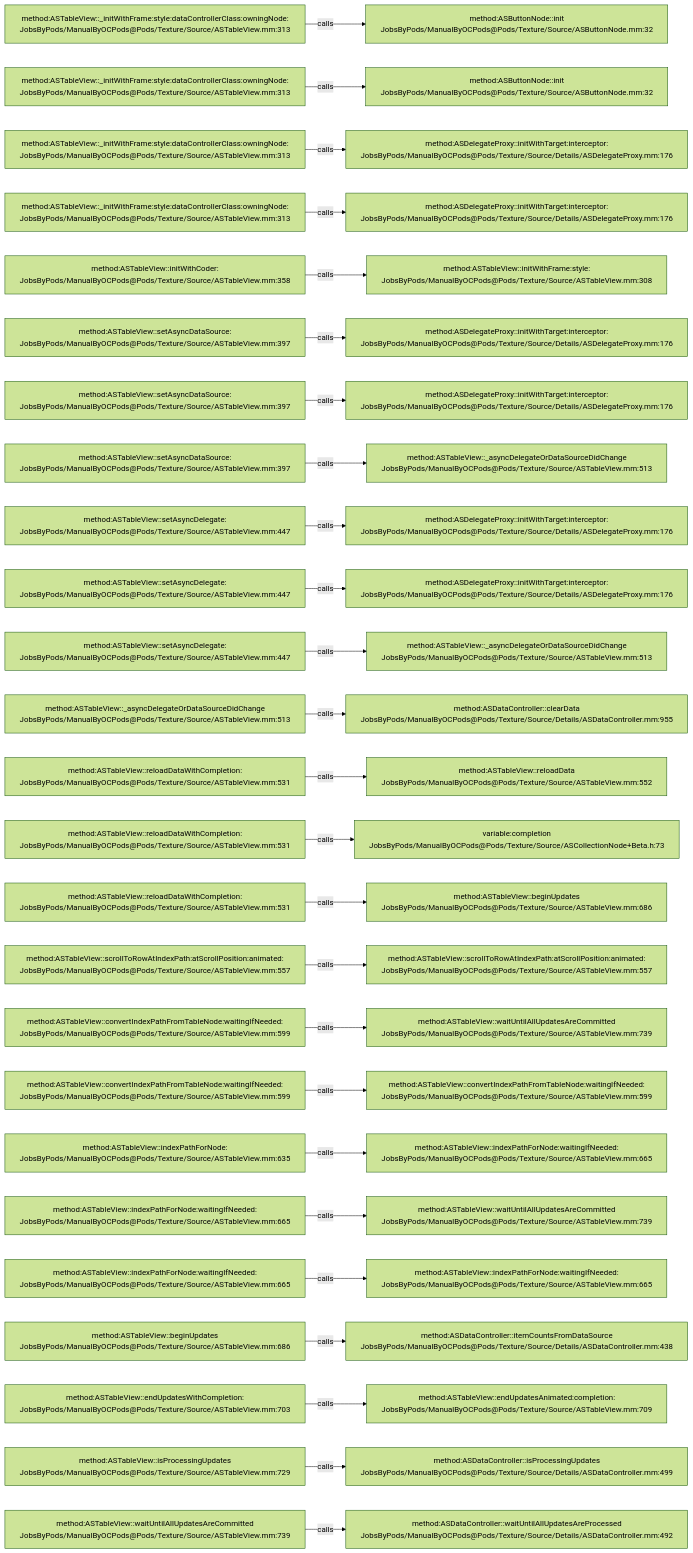
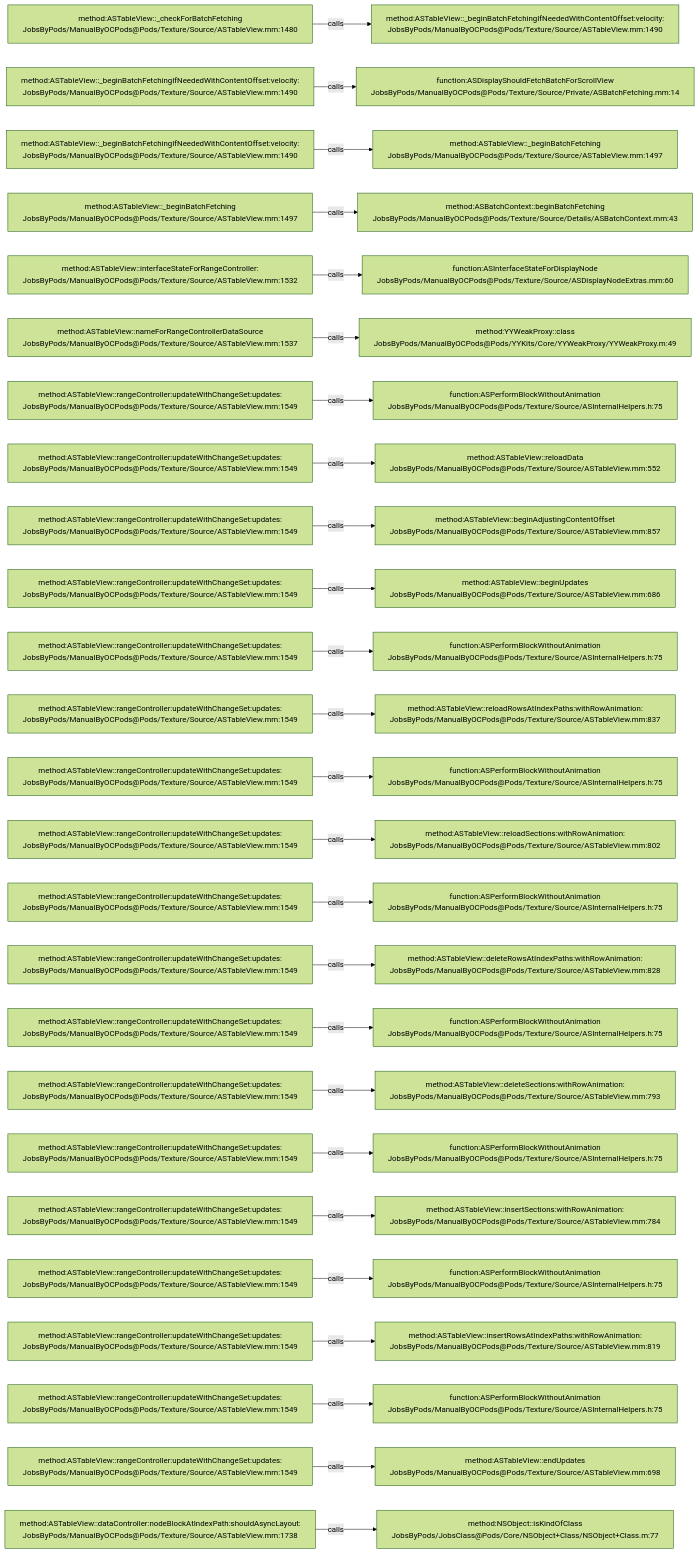
The diagram in .codegraph/codegraph.md/graphs/calls-128.md (JobsKits/JobsOCBaseConfigDemo), drawn with Mermaid (forest theme) before and after one commit. The commit also changed 1353 other files, not shown here.

````diff
--- a/.codegraph/codegraph.md/graphs/calls-128.md
+++ b/.codegraph/codegraph.md/graphs/calls-128.md
@@ -13,78 +13,78 @@
 ```mermaid
 flowchart LR
-  S1["method:ASTableView::_initWithFrame:style:dataControllerClass:owningNode:<br/>JobsByPods/ManualByOCPods@Pods/Texture/Source/ASTableView.mm:313"]
-  T1["method:ASButtonNode::init<br/>JobsByPods/ManualByOCPods@Pods/Texture/Source/ASButtonNode.mm:32"]
+  S1["method:ASTableView::_checkForBatchFetching<br/>JobsByPods/ManualByOCPods@Pods/Texture/Source/ASTableView.mm:1480"]
+  T1["method:ASTableView::_beginBatchFetchingIfNeededWithContentOffset:velocity:<br/>JobsByPods/ManualByOCPods@Pods/Texture/Source/ASTableView.mm:1490"]
   S1 -->|calls| T1
-  S2["method:ASTableView::_initWithFrame:style:dataControllerClass:owningNode:<br/>JobsByPods/ManualByOCPods@Pods/Texture/Source/ASTableView.mm:313"]
-  T2["method:ASButtonNode::init<br/>JobsByPods/ManualByOCPods@Pods/Texture/Source/ASButtonNode.mm:32"]
+  S2["method:ASTableView::_beginBatchFetchingIfNeededWithContentOffset:velocity:<br/>JobsByPods/ManualByOCPods@Pods/Texture/Source/ASTableView.mm:1490"]
+  T2["function:ASDisplayShouldFetchBatchForScrollView<br/>JobsByPods/ManualByOCPods@Pods/Texture/Source/Private/ASBatchFetching.mm:14"]
   S2 -->|calls| T2
-  S3["method:ASTableView::_initWithFrame:style:dataControllerClass:owningNode:<br/>JobsByPods/ManualByOCPods@Pods/Texture/Source/ASTableView.mm:313"]
-  T3["method:ASDelegateProxy::initWithTarget:interceptor:<br/>JobsByPods/ManualByOCPods@Pods/Texture/Source/Details/ASDelegateProxy.mm:176"]
+  S3["method:ASTableView::_beginBatchFetchingIfNeededWithContentOffset:velocity:<br/>JobsByPods/ManualByOCPods@Pods/Texture/Source/ASTableView.mm:1490"]
+  T3["method:ASTableView::_beginBatchFetching<br/>JobsByPods/ManualByOCPods@Pods/Texture/Source/ASTableView.mm:1497"]
   S3 -->|calls| T3
-  S4["method:ASTableView::_initWithFrame:style:dataControllerClass:owningNode:<br/>JobsByPods/ManualByOCPods@Pods/Texture/Source/ASTableView.mm:313"]
-  T4["method:ASDelegateProxy::initWithTarget:interceptor:<br/>JobsByPods/ManualByOCPods@Pods/Texture/Source/Details/ASDelegateProxy.mm:176"]
+  S4["method:ASTableView::_beginBatchFetching<br/>JobsByPods/ManualByOCPods@Pods/Texture/Source/ASTableView.mm:1497"]
+  T4["method:ASBatchContext::beginBatchFetching<br/>JobsByPods/ManualByOCPods@Pods/Texture/Source/Details/ASBatchContext.mm:43"]
   S4 -->|calls| T4
-  S5["method:ASTableView::initWithCoder:<br/>JobsByPods/ManualByOCPods@Pods/Texture/Source/ASTableView.mm:358"]
-  T5["method:ASTableView::initWithFrame:style:<br/>JobsByPods/ManualByOCPods@Pods/Texture/Source/ASTableView.mm:308"]
+  S5["method:ASTableView::interfaceStateForRangeController:<br/>JobsByPods/ManualByOCPods@Pods/Texture/Source/ASTableView.mm:1532"]
+  T5["function:ASInterfaceStateForDisplayNode<br/>JobsByPods/ManualByOCPods@Pods/Texture/Source/ASDisplayNodeExtras.mm:60"]
   S5 -->|calls| T5
-  S6["method:ASTableView::setAsyncDataSource:<br/>JobsByPods/ManualByOCPods@Pods/Texture/Source/ASTableView.mm:397"]
-  T6["method:ASDelegateProxy::initWithTarget:interceptor:<br/>JobsByPods/ManualByOCPods@Pods/Texture/Source/Details/ASDelegateProxy.mm:176"]
+  S6["method:ASTableView::nameForRangeControllerDataSource<br/>JobsByPods/ManualByOCPods@Pods/Texture/Source/ASTableView.mm:1537"]
+  T6["method:YYWeakProxy::class<br/>JobsByPods/ManualByOCPods@Pods/YYKits/Core/YYWeakProxy/YYWeakProxy.m:49"]
   S6 -->|calls| T6
-  S7["method:ASTableView::setAsyncDataSource:<br/>JobsByPods/ManualByOCPods@Pods/Texture/Source/ASTableView.mm:397"]
-  T7["method:ASDelegateProxy::initWithTarget:interceptor:<br/>JobsByPods/ManualByOCPods@Pods/Texture/Source/Details/ASDelegateProxy.mm:176"]
+  S7["method:ASTableView::rangeController:updateWithChangeSet:updates:<br/>JobsByPods/ManualByOCPods@Pods/Texture/Source/ASTableView.mm:1549"]
+  T7["function:ASPerformBlockWithoutAnimation<br/>JobsByPods/ManualByOCPods@Pods/Texture/Source/ASInternalHelpers.h:75"]
   S7 -->|calls| T7
-  S8["method:ASTableView::setAsyncDataSource:<br/>JobsByPods/ManualByOCPods@Pods/Texture/Source/ASTableView.mm:397"]
-  T8["method:ASTableView::_asyncDelegateOrDataSourceDidChange<br/>JobsByPods/ManualByOCPods@Pods/Texture/Source/ASTableView.mm:513"]
+  S8["method:ASTableView::rangeController:updateWithChangeSet:updates:<br/>JobsByPods/ManualByOCPods@Pods/Texture/Source/ASTableView.mm:1549"]
+  T8["method:ASTableView::reloadData<br/>JobsByPods/ManualByOCPods@Pods/Texture/Source/ASTableView.mm:552"]
   S8 -->|calls| T8
-  S9["method:ASTableView::setAsyncDelegate:<br/>JobsByPods/ManualByOCPods@Pods/Texture/Source/ASTableView.mm:447"]
-  T9["method:ASDelegateProxy::initWithTarget:interceptor:<br/>JobsByPods/ManualByOCPods@Pods/Texture/Source/Details/ASDelegateProxy.mm:176"]
+  S9["method:ASTableView::rangeController:updateWithChangeSet:updates:<br/>JobsByPods/ManualByOCPods@Pods/Texture/Source/ASTableView.mm:1549"]
+  T9["method:ASTableView::beginAdjustingContentOffset<br/>JobsByPods/ManualByOCPods@Pods/Texture/Source/ASTableView.mm:857"]
   S9 -->|calls| T9
-  S10["method:ASTableView::setAsyncDelegate:<br/>JobsByPods/ManualByOCPods@Pods/Texture/Source/ASTableView.mm:447"]
-  T10["method:ASDelegateProxy::initWithTarget:interceptor:<br/>JobsByPods/ManualByOCPods@Pods/Texture/Source/Details/ASDelegateProxy.mm:176"]
+  S10["method:ASTableView::rangeController:updateWithChangeSet:updates:<br/>JobsByPods/ManualByOCPods@Pods/Texture/Source/ASTableView.mm:1549"]
+  T10["method:ASTableView::beginUpdates<br/>JobsByPods/ManualByOCPods@Pods/Texture/Source/ASTableView.mm:686"]
   S10 -->|calls| T10
-  S11["method:ASTableView::setAsyncDelegate:<br/>JobsByPods/ManualByOCPods@Pods/Texture/Source/ASTableView.mm:447"]
-  T11["method:ASTableView::_asyncDelegateOrDataSourceDidChange<br/>JobsByPods/ManualByOCPods@Pods/Texture/Source/ASTableView.mm:513"]
+  S11["method:ASTableView::rangeController:updateWithChangeSet:updates:<br/>JobsByPods/ManualByOCPods@Pods/Texture/Source/ASTableView.mm:1549"]
+  T11["function:ASPerformBlockWithoutAnimation<br/>JobsByPods/ManualByOCPods@Pods/Texture/Source/ASInternalHelpers.h:75"]
   S11 -->|calls| T11
-  S12["method:ASTableView::_asyncDelegateOrDataSourceDidChange<br/>JobsByPods/ManualByOCPods@Pods/Texture/Source/ASTableView.mm:513"]
-  T12["method:ASDataController::clearData<br/>JobsByPods/ManualByOCPods@Pods/Texture/Source/Details/ASDataController.mm:955"]
+  S12["method:ASTableView::rangeController:updateWithChangeSet:updates:<br/>JobsByPods/ManualByOCPods@Pods/Texture/Source/ASTableView.mm:1549"]
+  T12["method:ASTableView::reloadRowsAtIndexPaths:withRowAnimation:<br/>JobsByPods/ManualByOCPods@Pods/Texture/Source/ASTableView.mm:837"]
   S12 -->|calls| T12
-  S13["method:ASTableView::reloadDataWithCompletion:<br/>JobsByPods/ManualByOCPods@Pods/Texture/Source/ASTableView.mm:531"]
-  T13["method:ASTableView::reloadData<br/>JobsByPods/ManualByOCPods@Pods/Texture/Source/ASTableView.mm:552"]
+  S13["method:ASTableView::rangeController:updateWithChangeSet:updates:<br/>JobsByPods/ManualByOCPods@Pods/Texture/Source/ASTableView.mm:1549"]
+  T13["function:ASPerformBlockWithoutAnimation<br/>JobsByPods/ManualByOCPods@Pods/Texture/Source/ASInternalHelpers.h:75"]
   S13 -->|calls| T13
-  S14["method:ASTableView::reloadDataWithCompletion:<br/>JobsByPods/ManualByOCPods@Pods/Texture/Source/ASTableView.mm:531"]
-  T14["variable:completion<br/>JobsByPods/ManualByOCPods@Pods/Texture/Source/ASCollectionNode+Beta.h:73"]
+  S14["method:ASTableView::rangeController:updateWithChangeSet:updates:<br/>JobsByPods/ManualByOCPods@Pods/Texture/Source/ASTableView.mm:1549"]
+  T14["method:ASTableView::reloadSections:withRowAnimation:<br/>JobsByPods/ManualByOCPods@Pods/Texture/Source/ASTableView.mm:802"]
   S14 -->|calls| T14
-  S15["method:ASTableView::reloadDataWithCompletion:<br/>JobsByPods/ManualByOCPods@Pods/Texture/Source/ASTableView.mm:531"]
-  T15["method:ASTableView::beginUpdates<br/>JobsByPods/ManualByOCPods@Pods/Texture/Source/ASTableView.mm:686"]
+  S15["method:ASTableView::rangeController:updateWithChangeSet:updates:<br/>JobsByPods/ManualByOCPods@Pods/Texture/Source/ASTableView.mm:1549"]
+  T15["function:ASPerformBlockWithoutAnimation<br/>JobsByPods/ManualByOCPods@Pods/Texture/Source/ASInternalHelpers.h:75"]
   S15 -->|calls| T15
-  S16["method:ASTableView::scrollToRowAtIndexPath:atScrollPosition:animated:<br/>JobsByPods/ManualByOCPods@Pods/Texture/Source/ASTableView.mm:557"]
-  T16["method:ASTableView::scrollToRowAtIndexPath:atScrollPosition:animated:<br/>JobsByPods/ManualByOCPods@Pods/Texture/Source/ASTableView.mm:557"]
+  S16["method:ASTableView::rangeController:updateWithChangeSet:updates:<br/>JobsByPods/ManualByOCPods@Pods/Texture/Source/ASTableView.mm:1549"]
+  T16["method:ASTableView::deleteRowsAtIndexPaths:withRowAnimation:<br/>JobsByPods/ManualByOCPods@Pods/Texture/Source/ASTableView.mm:828"]
   S16 -->|calls| T16
-  S17["method:ASTableView::convertIndexPathFromTableNode:waitingIfNeeded:<br/>JobsByPods/ManualByOCPods@Pods/Texture/Source/ASTableView.mm:599"]
-  T17["method:ASTableView::waitUntilAllUpdatesAreCommitted<br/>JobsByPods/ManualByOCPods@Pods/Texture/Source/ASTableView.mm:739"]
+  S17["method:ASTableView::rangeController:updateWithChangeSet:updates:<br/>JobsByPods/ManualByOCPods@Pods/Texture/Source/ASTableView.mm:1549"]
+  T17["function:ASPerformBlockWithoutAnimation<br/>JobsByPods/ManualByOCPods@Pods/Texture/Source/ASInternalHelpers.h:75"]
   S17 -->|calls| T17
-  S18["method:ASTableView::convertIndexPathFromTableNode:waitingIfNeeded:<br/>JobsByPods/ManualByOCPods@Pods/Texture/Source/ASTableView.mm:599"]
-  T18["method:ASTableView::convertIndexPathFromTableNode:waitingIfNeeded:<br/>JobsByPods/ManualByOCPods@Pods/Texture/Source/ASTableView.mm:599"]
+  S18["method:ASTableView::rangeController:updateWithChangeSet:updates:<br/>JobsByPods/ManualByOCPods@Pods/Texture/Source/ASTableView.mm:1549"]
+  T18["method:ASTableView::deleteSections:withRowAnimation:<br/>JobsByPods/ManualByOCPods@Pods/Texture/Source/ASTableView.mm:793"]
   S18 -->|calls| T18
-  S19["method:ASTableView::indexPathForNode:<br/>JobsByPods/ManualByOCPods@Pods/Texture/Source/ASTableView.mm:635"]
-  T19["method:ASTableView::indexPathForNode:waitingIfNeeded:<br/>JobsByPods/ManualByOCPods@Pods/Texture/Source/ASTableView.mm:665"]
+  S19["method:ASTableView::rangeController:updateWithChangeSet:updates:<br/>JobsByPods/ManualByOCPods@Pods/Texture/Source/ASTableView.mm:1549"]
+  T19["function:ASPerformBlockWithoutAnimation<br/>JobsByPods/ManualByOCPods@Pods/Texture/Source/ASInternalHelpers.h:75"]
   S19 -->|calls| T19
-  S20["method:ASTableView::indexPathForNode:waitingIfNeeded:<br/>JobsByPods/ManualByOCPods@Pods/Texture/Source/ASTableView.mm:665"]
-  T20["method:ASTableView::waitUntilAllUpdatesAreCommitted<br/>JobsByPods/ManualByOCPods@Pods/Texture/Source/ASTableView.mm:739"]
+  S20["method:ASTableView::rangeController:updateWithChangeSet:updates:<br/>JobsByPods/ManualByOCPods@Pods/Texture/Source/ASTableView.mm:1549"]
+  T20["method:ASTableView::insertSections:withRowAnimation:<br/>JobsByPods/ManualByOCPods@Pods/Texture/Source/ASTableView.mm:784"]
   S20 -->|calls| T20
-  S21["method:ASTableView::indexPathForNode:waitingIfNeeded:<br/>JobsByPods/ManualByOCPods@Pods/Texture/Source/ASTableView.mm:665"]
-  T21["method:ASTableView::indexPathForNode:waitingIfNeeded:<br/>JobsByPods/ManualByOCPods@Pods/Texture/Source/ASTableView.mm:665"]
+  S21["method:ASTableView::rangeController:updateWithChangeSet:updates:<br/>JobsByPods/ManualByOCPods@Pods/Texture/Source/ASTableView.mm:1549"]
+  T21["function:ASPerformBlockWithoutAnimation<br/>JobsByPods/ManualByOCPods@Pods/Texture/Source/ASInternalHelpers.h:75"]
   S21 -->|calls| T21
-  S22["method:ASTableView::beginUpdates<br/>JobsByPods/ManualByOCPods@Pods/Texture/Source/ASTableView.mm:686"]
-  T22["method:ASDataController::itemCountsFromDataSource<br/>JobsByPods/ManualByOCPods@Pods/Texture/Source/Details/ASDataController.mm:438"]
+  S22["method:ASTableView::rangeController:updateWithChangeSet:updates:<br/>JobsByPods/ManualByOCPods@Pods/Texture/Source/ASTableView.mm:1549"]
+  T22["method:ASTableView::insertRowsAtIndexPaths:withRowAnimation:<br/>JobsByPods/ManualByOCPods@Pods/Texture/Source/ASTableView.mm:819"]
   S22 -->|calls| T22
-  S23["method:ASTableView::endUpdatesWithCompletion:<br/>JobsByPods/ManualByOCPods@Pods/Texture/Source/ASTableView.mm:703"]
-  T23["method:ASTableView::endUpdatesAnimated:completion:<br/>JobsByPods/ManualByOCPods@Pods/Texture/Source/ASTableView.mm:709"]
+  S23["method:ASTableView::rangeController:updateWithChangeSet:updates:<br/>JobsByPods/ManualByOCPods@Pods/Texture/Source/ASTableView.mm:1549"]
+  T23["function:ASPerformBlockWithoutAnimation<br/>JobsByPods/ManualByOCPods@Pods/Texture/Source/ASInternalHelpers.h:75"]
   S23 -->|calls| T23
-  S24["method:ASTableView::isProcessingUpdates<br/>JobsByPods/ManualByOCPods@Pods/Texture/Source/ASTableView.mm:729"]
-  T24["method:ASDataController::isProcessingUpdates<br/>JobsByPods/ManualByOCPods@Pods/Texture/Source/Details/ASDataController.mm:499"]
+  S24["method:ASTableView::rangeController:updateWithChangeSet:updates:<br/>JobsByPods/ManualByOCPods@Pods/Texture/Source/ASTableView.mm:1549"]
+  T24["method:ASTableView::endUpdates<br/>JobsByPods/ManualByOCPods@Pods/Texture/Source/ASTableView.mm:698"]
   S24 -->|calls| T24
-  S25["method:ASTableView::waitUntilAllUpdatesAreCommitted<br/>JobsByPods/ManualByOCPods@Pods/Texture/Source/ASTableView.mm:739"]
-  T25["method:ASDataController::waitUntilAllUpdatesAreProcessed<br/>JobsByPods/ManualByOCPods@Pods/Texture/Source/Details/ASDataController.mm:492"]
+  S25["method:ASTableView::dataController:nodeBlockAtIndexPath:shouldAsyncLayout:<br/>JobsByPods/ManualByOCPods@Pods/Texture/Source/ASTableView.mm:1738"]
+  T25["method:NSObject::isKindOfClass<br/>JobsByPods/JobsClass@Pods/Core/NSObject+Class/NSObject+Class.m:77"]
   S25 -->|calls| T25
 ```
````
